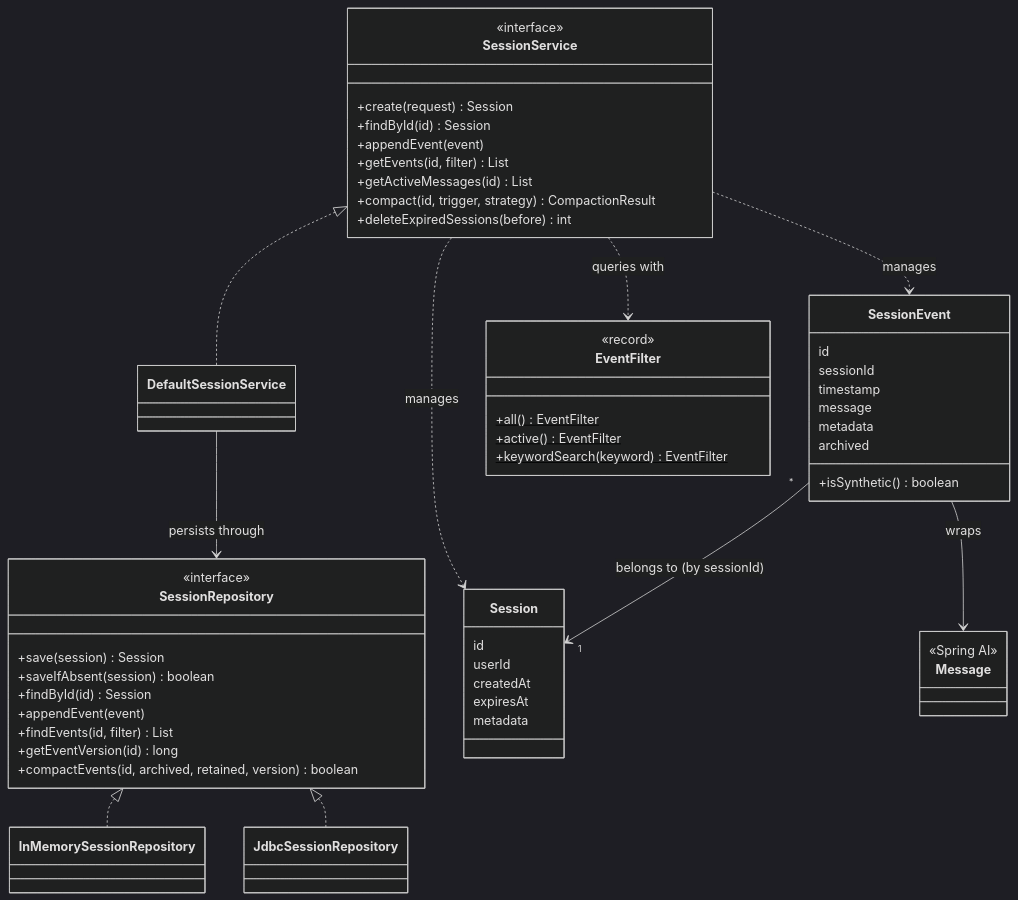
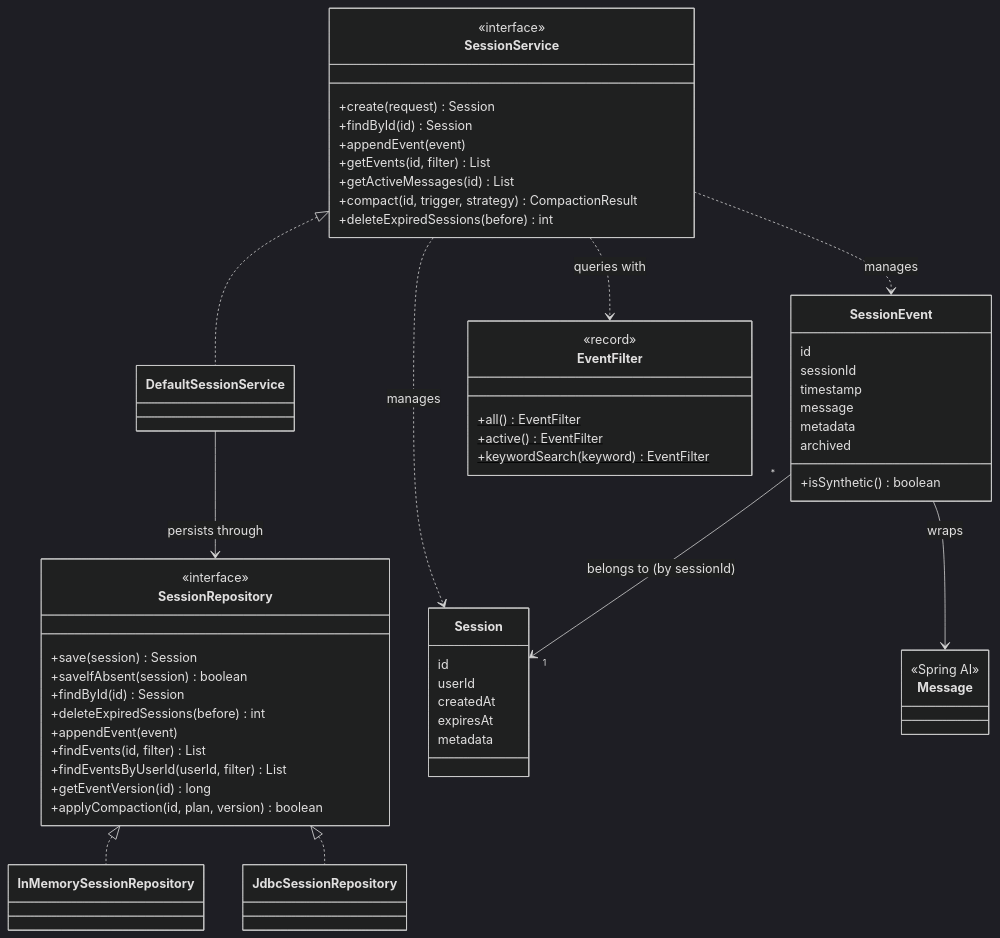
Before and after one commit to andotorg/spring-ai-session: the first of 3 diagrams in docs/session-management/concepts.md, drawn with Mermaid (dark theme). The commit also changed other lines of this file and 44 other files, not shown here.

````diff
--- a/docs/session-management/concepts.md
+++ b/docs/session-management/concepts.md
@@ -185,64 +185,66 @@
 ```mermaid
 classDiagram
     direction TB
 
     class SessionService {
         <<interface>>
         +create(request) Session
         +findById(id) Session
         +appendEvent(event)
         +getEvents(id, filter) List
         +getActiveMessages(id) List
         +compact(id, trigger, strategy) CompactionResult
         +deleteExpiredSessions(before) int
     }
     class DefaultSessionService
     class SessionRepository {
         <<interface>>
         +save(session) Session
         +saveIfAbsent(session) boolean
         +findById(id) Session
+        +deleteExpiredSessions(before) int
         +appendEvent(event)
         +findEvents(id, filter) List
+        +findEventsByUserId(userId, filter) List
         +getEventVersion(id) long
-        +compactEvents(id, archived, retained, version) boolean
+        +applyCompaction(id, plan, version) boolean
     }
     class InMemorySessionRepository
     class JdbcSessionRepository
 
     class Session {
         id
         userId
         createdAt
         expiresAt
         metadata
     }
     class SessionEvent {
         id
         sessionId
         timestamp
         message
         metadata
         archived
         +isSynthetic() boolean
     }
     class Message {
         <<Spring AI>>
     }
     class EventFilter {
         <<record>>
         +all()$ EventFilter
         +active()$ EventFilter
         +keywordSearch(keyword)$ EventFilter
     }
 
     SessionService <|.. DefaultSessionService
     DefaultSessionService --> SessionRepository : persists through
     SessionRepository <|.. InMemorySessionRepository
     SessionRepository <|.. JdbcSessionRepository
     SessionService ..> Session : manages
     SessionService ..> SessionEvent : manages
     SessionService ..> EventFilter : queries with
     SessionEvent "*" --> "1" Session : belongs to (by sessionId)
     SessionEvent --> Message : wraps
 ```
````
